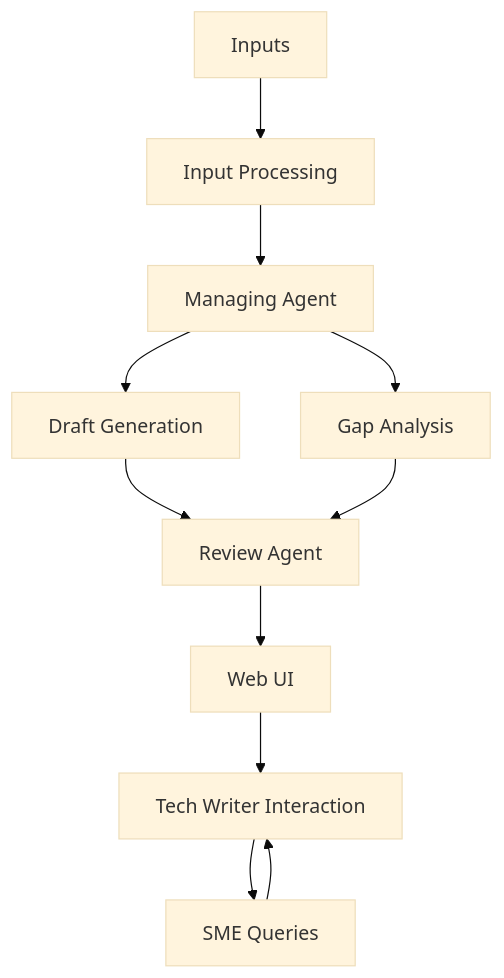
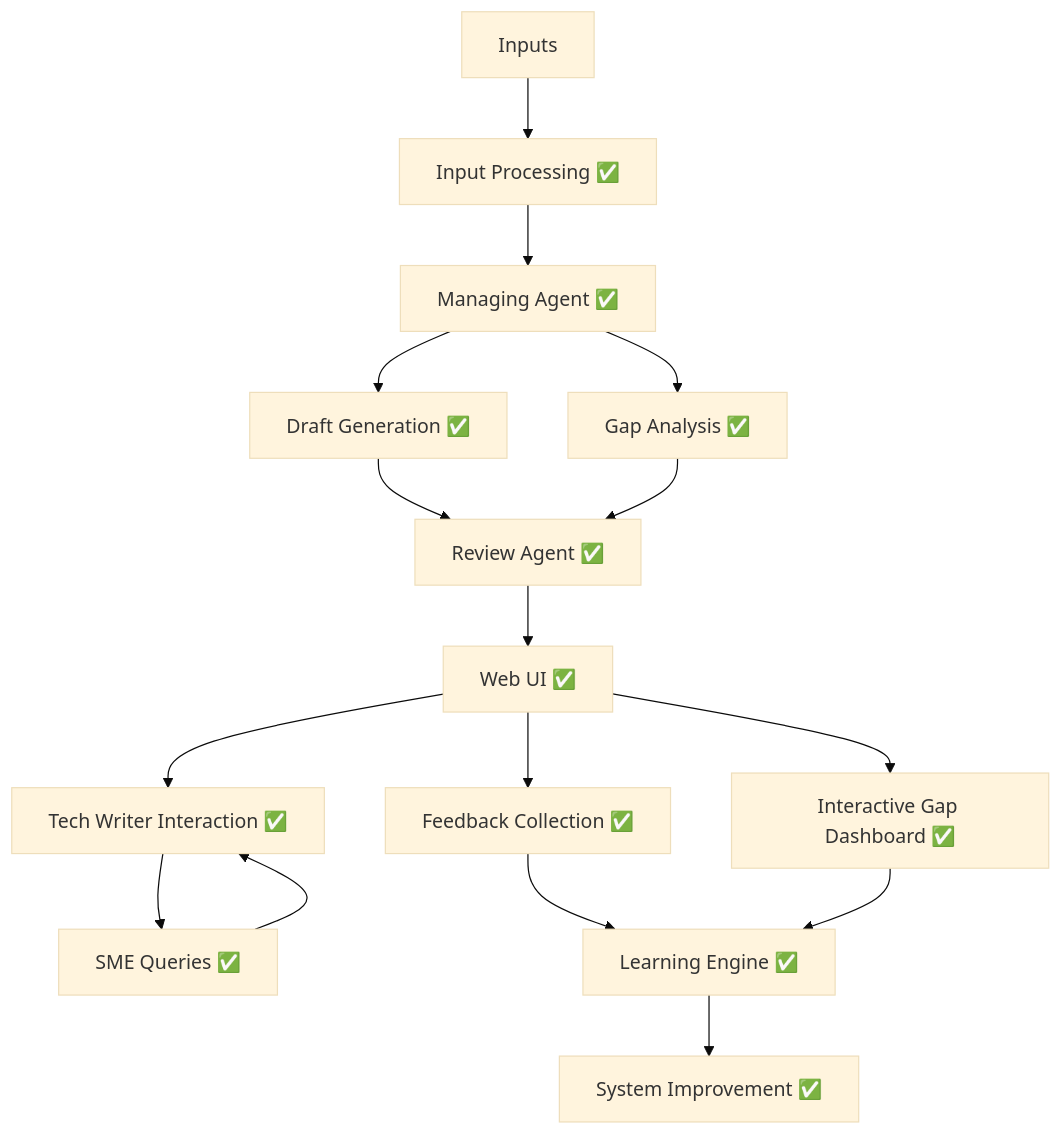
The first of 2 diagrams in DESIGN.md (mrodgers/doc_creator), drawn with Mermaid (base theme) before and after one commit. The commit also changed other lines of this file and 29 other files, not shown here.

````diff
--- a/DESIGN.md
+++ b/DESIGN.md
@@ -147,13 +254,18 @@
 ```mermaid
 flowchart TD
-    Inputs --> InputProcessing[Input Processing]
-    InputProcessing --> ManagingAgent[Managing Agent]
-    ManagingAgent --> DraftGeneration[Draft Generation]
-    ManagingAgent --> GapAnalysis[Gap Analysis]
-    DraftGeneration --> ReviewAgent[Review Agent]
+    Inputs --> InputProcessing[Input Processing ✅]
+    InputProcessing --> ManagingAgent[Managing Agent ✅]
+    ManagingAgent --> DraftGeneration[Draft Generation ✅]
+    ManagingAgent --> GapAnalysis[Gap Analysis ✅]
+    DraftGeneration --> ReviewAgent[Review Agent ✅]
     GapAnalysis --> ReviewAgent
-    ReviewAgent --> UI[Web UI]
-    UI --> TechWriter[Tech Writer Interaction]
-    TechWriter --> SMEs[SME Queries]
+    ReviewAgent --> UI[Web UI ✅]
+    UI --> GapDashboard[Interactive Gap Dashboard ✅]
+    UI --> FeedbackSystem[Feedback Collection ✅]
+    UI --> TechWriter[Tech Writer Interaction ✅]
+    TechWriter --> SMEs[SME Queries ✅]
     SMEs --> TechWriter
+    FeedbackSystem --> LearningEngine[Learning Engine ✅]
+    GapDashboard --> LearningEngine
+    LearningEngine --> SystemImprovement[System Improvement ✅]
 ```
````
